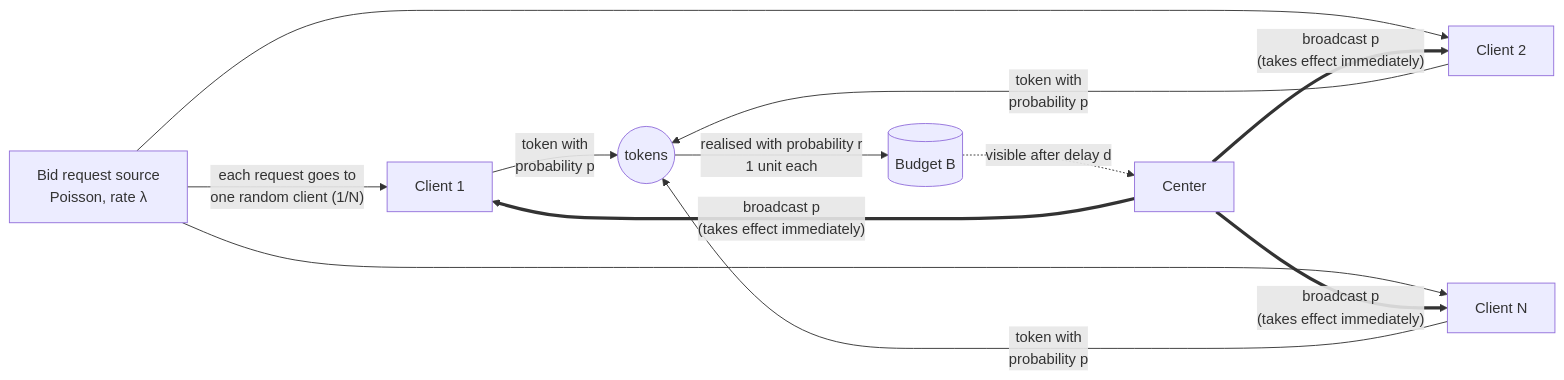
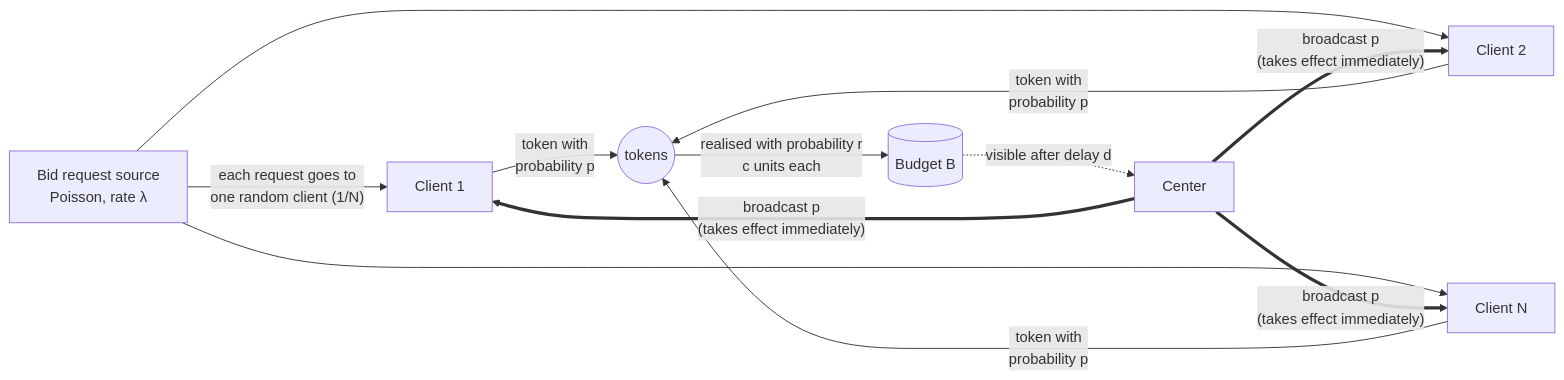
One commit to ayarodionov/budget-pacing-models changed the diagram in models/system.md. Above: the diagram before and after it, drawn with Mermaid. The commit also changed other lines of this file and 13 other files, not shown here.

````diff
--- a/models/system.md
+++ b/models/system.md
@@ -54,10 +56,10 @@
 ```mermaid
 flowchart LR
     SRC["Bid request source<br/>Poisson, rate λ"] -->|"each request goes to<br/>one random client (1/N)"| C1["Client 1"]
     SRC --> C2["Client 2"]
     SRC --> CN["Client N"]
     C1 & C2 & CN -->|"token with<br/>probability p"| TOK(("tokens"))
-    TOK -->|"realised with probability r<br/>1 unit each"| BUD[("Budget B")]
+    TOK -->|"realised with probability r<br/>c units each"| BUD[("Budget B")]
     BUD -.->|"visible after delay d"| CTR["Center"]
     CTR ==>|"broadcast p<br/>(takes effect immediately)"| C1 & C2 & CN
 ```
````
